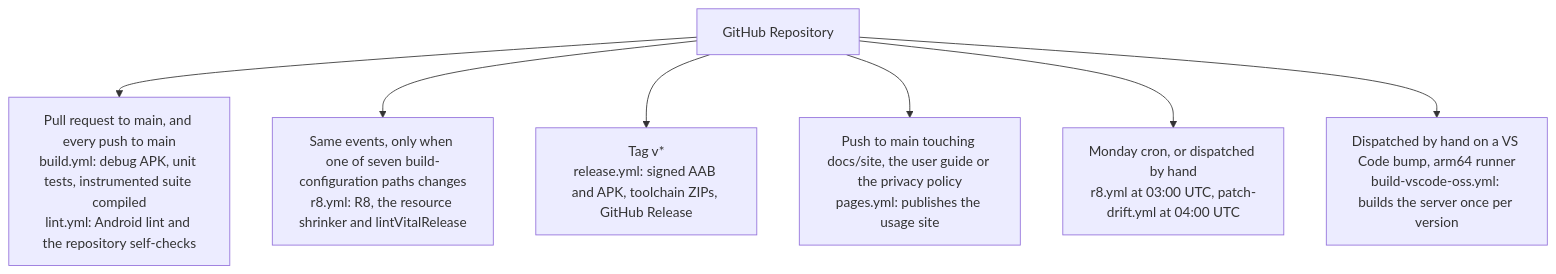
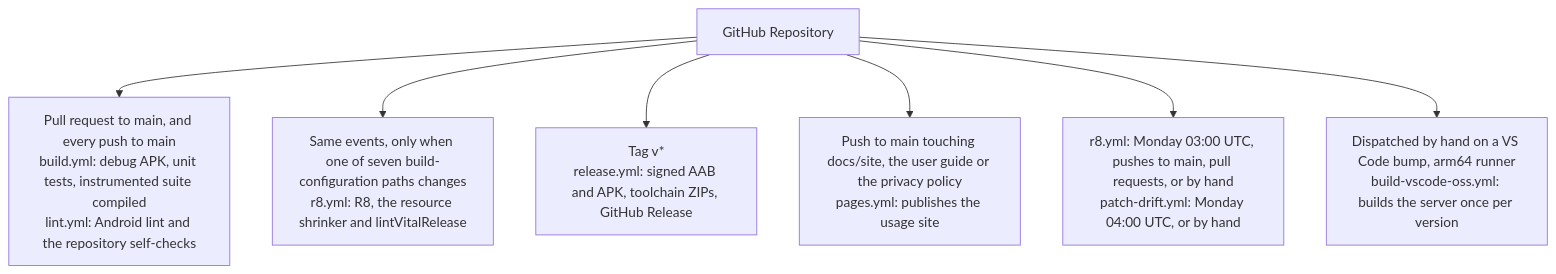
The second of 2 diagrams in docs/10-RELEASE_PLAN.md (cuixinyuan666/vscodroid), drawn with Mermaid before and after one commit. The commit also changed other lines of this file and 5 other files, not shown here.

````diff
--- a/docs/10-RELEASE_PLAN.md
+++ b/docs/10-RELEASE_PLAN.md
@@ -47,9 +47,9 @@
 ```mermaid
 flowchart TD
   REPO["GitHub Repository"] --> B1["Pull request to main, and every push to main<br/>build.yml: debug APK, unit tests, instrumented suite compiled<br/>lint.yml: Android lint and the repository self-checks"]
   REPO --> B2["Same events, only when one of seven build-configuration paths changes<br/>r8.yml: R8, the resource shrinker and lintVitalRelease"]
   REPO --> B3["Tag v*<br/>release.yml: signed AAB and APK, toolchain ZIPs, GitHub Release"]
   REPO --> B4["Push to main touching docs/site, the user guide or the privacy policy<br/>pages.yml: publishes the usage site"]
-  REPO --> B5["Monday cron, or dispatched by hand<br/>r8.yml at 03:00 UTC, patch-drift.yml at 04:00 UTC"]
+  REPO --> B5["r8.yml: Monday 03:00 UTC, pushes to main, pull requests, or by hand<br/>patch-drift.yml: Monday 04:00 UTC, or by hand"]
   REPO --> B6["Dispatched by hand on a VS Code bump, arm64 runner<br/>build-vscode-oss.yml: builds the server once per version"]
 ```
````
